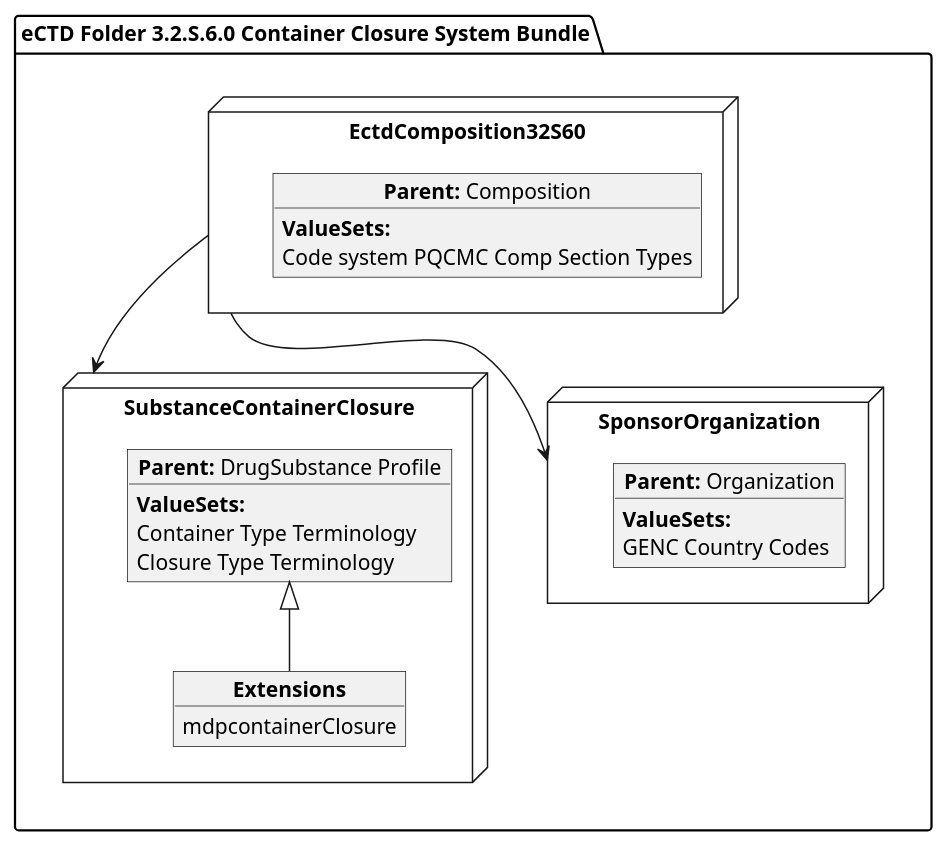
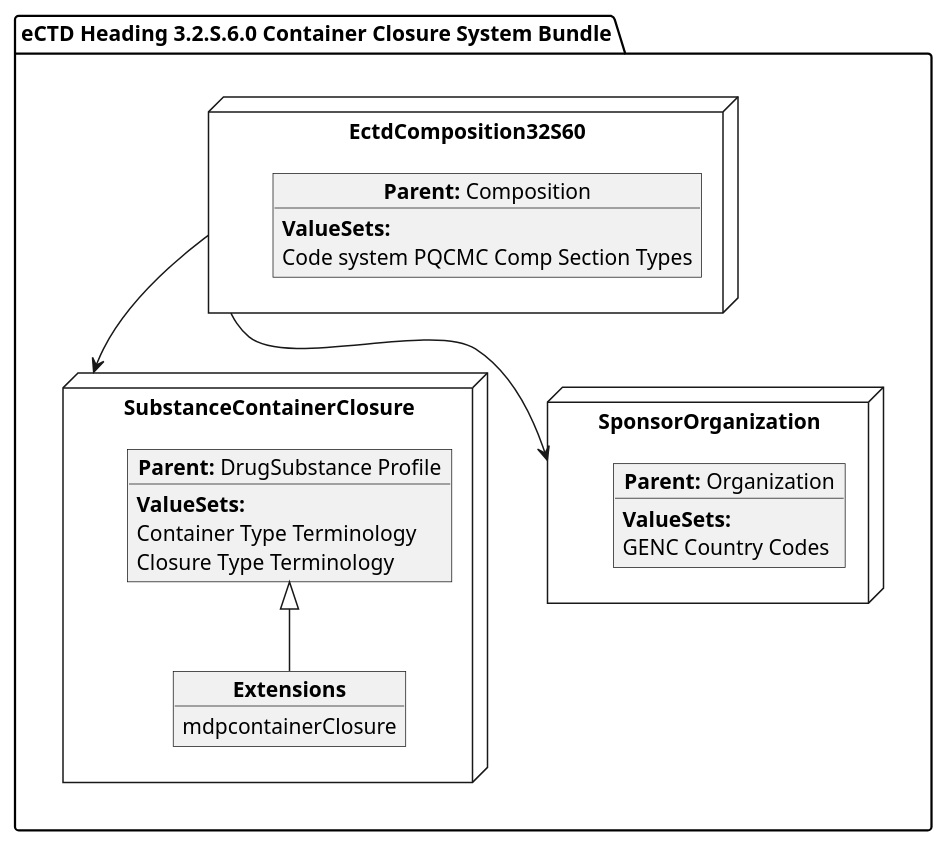
Before and after one commit to HL7/FHIR-us-pq-cmc-fda: the diagram in input/images-source/SubstanceContainer.plantuml, drawn with PlantUML. The commit also changed 43 other files, not shown here.

```diff
--- a/input/images-source/SubstanceContainer.plantuml
+++ b/input/images-source/SubstanceContainer.plantuml
@@ -1,36 +1,36 @@
 @startuml
 allowmixing
 'Mixed model of use case and object
-package "eCTD Folder 3.2.S.6.0 Container Closure System Bundle" as NODES {
+package "eCTD Heading 3.2.S.6.0 Container Closure System Bundle" as NODES {
  
   node "EctdComposition32S60" as N1 { 
       object "**Parent:** Composition" as obj1 {
       **ValueSets:**
   Code system PQCMC Comp Section Types
     }   
 }
 node "SubstanceContainerClosure" as N21 { 
       object "**Parent:** DrugSubstance Profile" as obj22 {
         **ValueSets:**
         Container Type Terminology
         Closure Type Terminology
     }
     object "**Extensions**" as objEx {
         mdpcontainerClosure
     }
     obj22 <|-- objEx
 }
 
 node "SponsorOrganization" as NSO { 
       object "**Parent:** Organization" as objAu {
         **ValueSets:**
         GENC Country Codes
     }
 }
 
 }
 
 N1 --> N21
 N1 --> NSO
 
 @enduml
```
